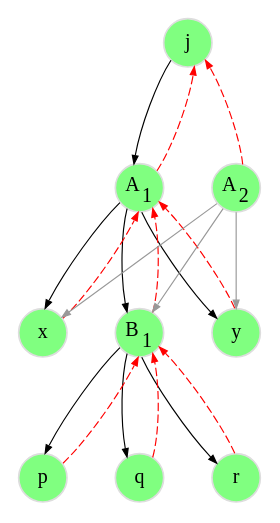
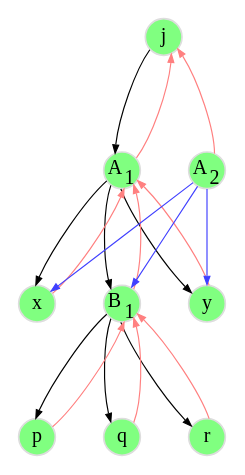
Before and after one commit to flatcap/dparted: the diagram in d1.gv, drawn with Graphviz. The commit also changed 3 other files, not shown here.

```diff
--- a/d1.gv
+++ b/d1.gv
@@ -1,58 +1,58 @@
-digraph delete_new {
+digraph d {
 	graph [
 		rankdir="TB"
 		bgcolor="white"
 		color="white"
 		nodesep="0.4"
 		ranksep="0.8"
 	];
 
 	node [
 		fontsize="12"
 		style="solid"
-		width="0.4"
-		height="0.4"
+		width="0.3"
+		height="0.3"
 		fixedsize="true"
 		penwidth="1.0"
 		color="#DDDDDD"
 	];
 
 	edge [
 		penwidth="0.7"
 		color="#000000"
 		arrowsize="0.5"
 	];
 
 
 	j  [ label=<j>             style="filled" fillcolor="#80ff80" ];
 	a1 [ label=<A<SUB>1</SUB>> style="filled" fillcolor="#80ff80" ];
 	x  [ label=<x>             style="filled" fillcolor="#80ff80" ];
 	b1 [ label=<B<SUB>1</SUB>> style="filled" fillcolor="#80ff80" ];
 	y  [ label=<y>             style="filled" fillcolor="#80ff80" ];
 	p  [ label=<p>             style="filled" fillcolor="#80ff80" ];
 	q  [ label=<q>             style="filled" fillcolor="#80ff80" ];
 	r  [ label=<r>             style="filled" fillcolor="#80ff80" ];
 	a2 [ label=<A<SUB>2</SUB>> style="filled" fillcolor="#80ff80" ];
 
 	j  -> a1;
-	a1 -> j   [ color="#ff0000" style=dashed ];
+	a1 -> j   [ color="#ff8080" ];
 	a1 -> x;
-	x  -> a1  [ color="#ff0000" style=dashed ];
+	x  -> a1  [ color="#ff8080" ];
 	a1 -> b1;
-	b1 -> a1  [ color="#ff0000" style=dashed ];
+	b1 -> a1  [ color="#ff8080" ];
 	a1 -> y;
-	y  -> a1  [ color="#ff0000" style=dashed ];
+	y  -> a1  [ color="#ff8080" ];
 	b1 -> p;
-	p  -> b1  [ color="#ff0000" style=dashed ];
+	p  -> b1  [ color="#ff8080" ];
 	b1 -> q;
-	q  -> b1  [ color="#ff0000" style=dashed ];
+	q  -> b1  [ color="#ff8080" ];
 	b1 -> r;
-	r  -> b1  [ color="#ff0000" style=dashed ];
+	r  -> b1  [ color="#ff8080" ];
 
 	j -> a2 [ style=invis ];
 
-	a2 -> j  [ color="#ff0000" style=dashed     ];
-	a2 -> x  [ color="#999999" constraint=false ];
-	a2 -> b1 [ color="#999999" constraint=false ];
-	a2 -> y  [ color="#999999" constraint=false ];
+	a2 -> j  [ color="#ff8080"     ];
+	a2 -> x  [ color="#4040ff" constraint=false ];
+	a2 -> b1 [ color="#4040ff" constraint=false ];
+	a2 -> y  [ color="#4040ff" constraint=false ];
 }
```
